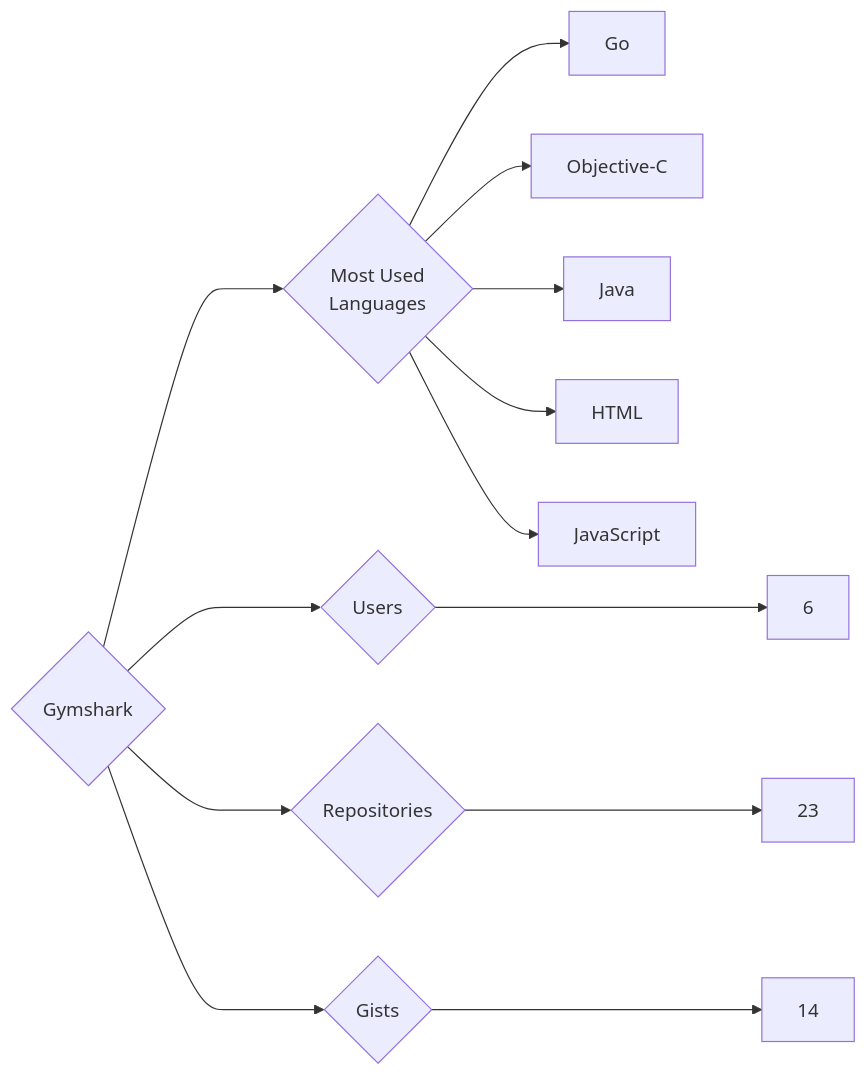
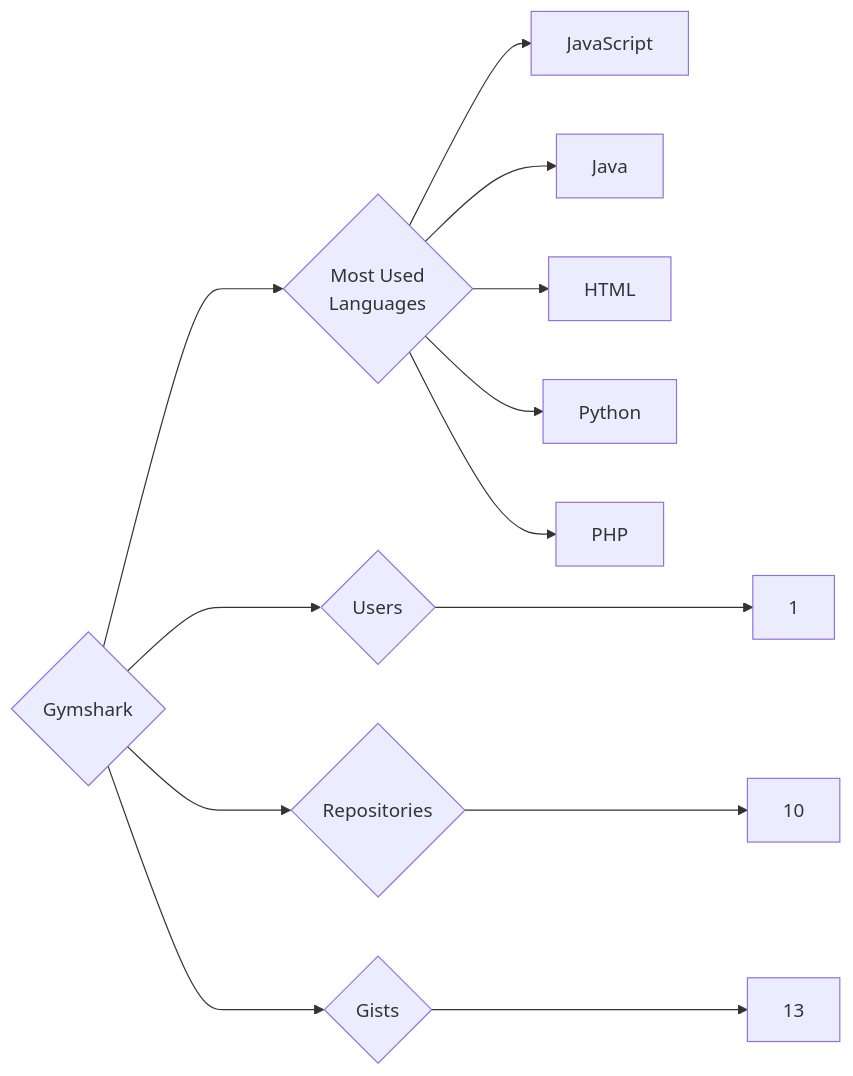
Before and after one commit to trickest/insiders: the diagram in targets/Gymshark/README.md, drawn with Mermaid. The commit also changed 776 other files, not shown here.

````diff
--- a/targets/Gymshark/README.md
+++ b/targets/Gymshark/README.md
@@ -3,13 +3,13 @@
 ```mermaid
 graph LR
 COMPANY_NAME{Gymshark}
-COMPANY_NAME ---> U{Users} ---> UN[6]
-COMPANY_NAME ---> R{Repositories} ---> RN[23]
-COMPANY_NAME ---> G{Gists} ---> GN[14]
+COMPANY_NAME ---> U{Users} ---> UN[1]
+COMPANY_NAME ---> R{Repositories} ---> RN[10]
+COMPANY_NAME ---> G{Gists} ---> GN[13]
 COMPANY_NAME ---> ML{Most Used<br>Languages}
-ML --> Go[Go]
-ML --> Objective-C[Objective-C]
+ML --> JavaScript[JavaScript]
 ML --> Java[Java]
 ML --> HTML[HTML]
-ML --> JavaScript[JavaScript]
+ML --> Python[Python]
+ML --> PHP[PHP]
 ```
````
